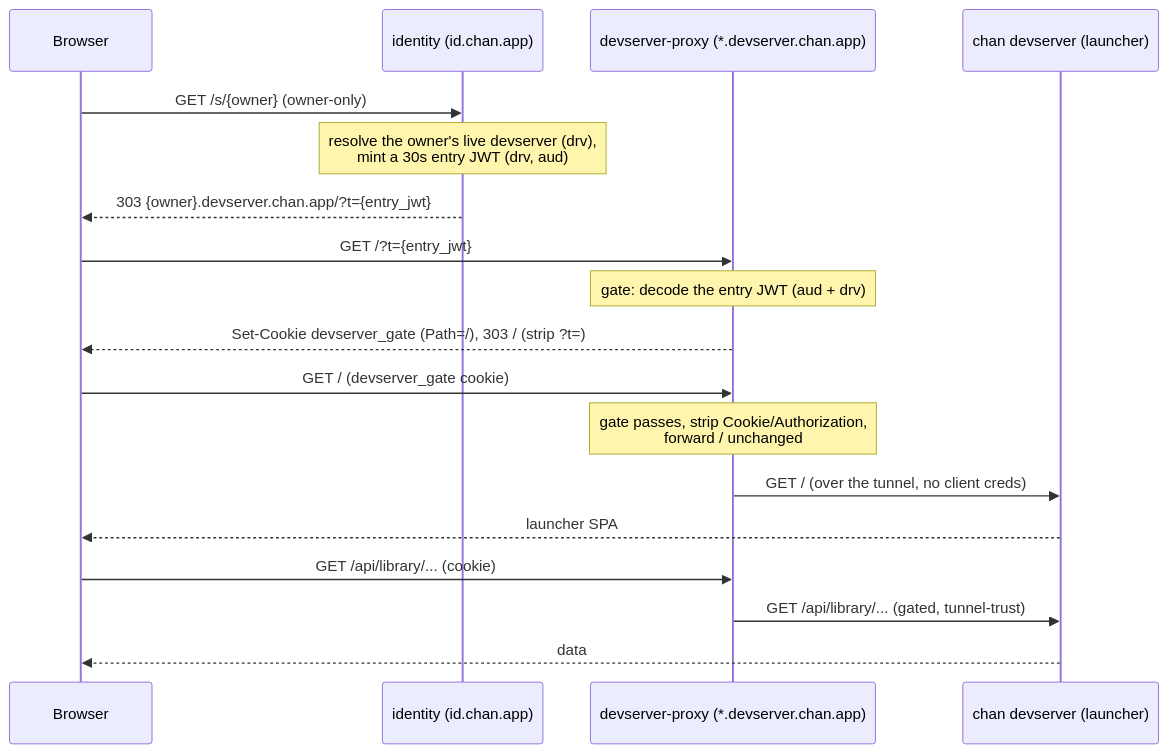
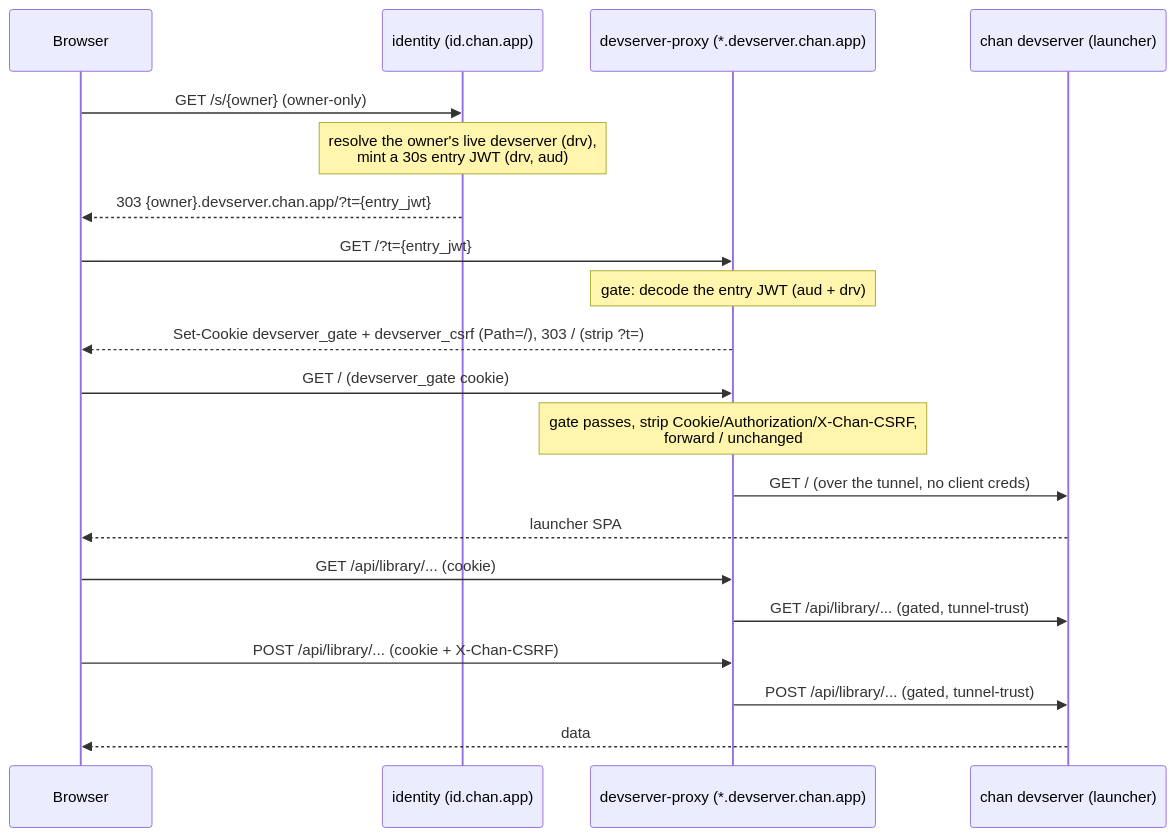
Before and after one commit to likewhatevs/chan: the second of 2 diagrams in gateway/crates/devserver-proxy/design.md, drawn with Mermaid. The commit also changed other lines of this file and 40 other files, not shown here.

````diff
--- a/gateway/crates/devserver-proxy/design.md
+++ b/gateway/crates/devserver-proxy/design.md
@@ -97,21 +100,23 @@
 ```mermaid
 sequenceDiagram
     participant B as Browser
     participant ID as identity (id.chan.app)
     participant PX as devserver-proxy (*.devserver.chan.app)
     participant DS as chan devserver (launcher)
 
     B->>ID: GET /s/{owner}  (owner-only)
     Note over ID: resolve the owner's live devserver (drv),<br/>mint a 30s entry JWT (drv, aud)
     ID-->>B: 303 {owner}.devserver.chan.app/?t={entry_jwt}
     B->>PX: GET /?t={entry_jwt}
     Note over PX: gate: decode the entry JWT (aud + drv)
-    PX-->>B: Set-Cookie devserver_gate (Path=/), 303 /  (strip ?t=)
+    PX-->>B: Set-Cookie devserver_gate + devserver_csrf (Path=/), 303 /  (strip ?t=)
     B->>PX: GET /  (devserver_gate cookie)
-    Note over PX: gate passes, strip Cookie/Authorization,<br/>forward / unchanged
+    Note over PX: gate passes, strip Cookie/Authorization/X-Chan-CSRF,<br/>forward / unchanged
     PX->>DS: GET /  (over the tunnel, no client creds)
     DS-->>B: launcher SPA
     B->>PX: GET /api/library/...  (cookie)
     PX->>DS: GET /api/library/...  (gated, tunnel-trust)
+    B->>PX: POST /api/library/...  (cookie + X-Chan-CSRF)
+    PX->>DS: POST /api/library/...  (gated, tunnel-trust)
     DS-->>B: data
 ```
````
